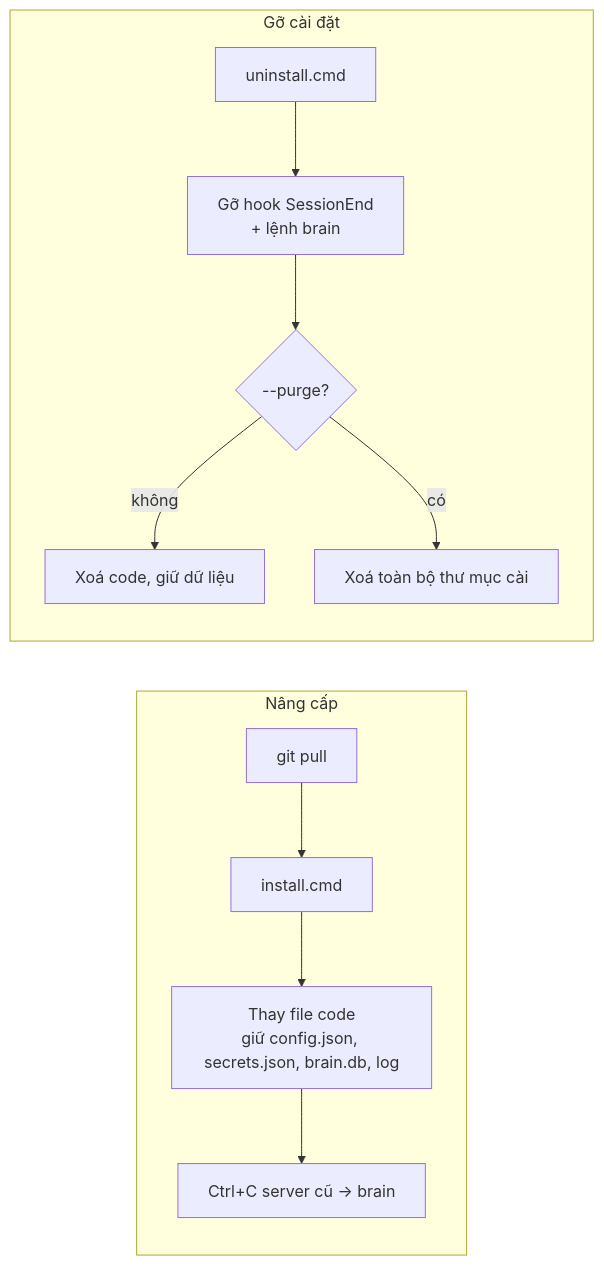
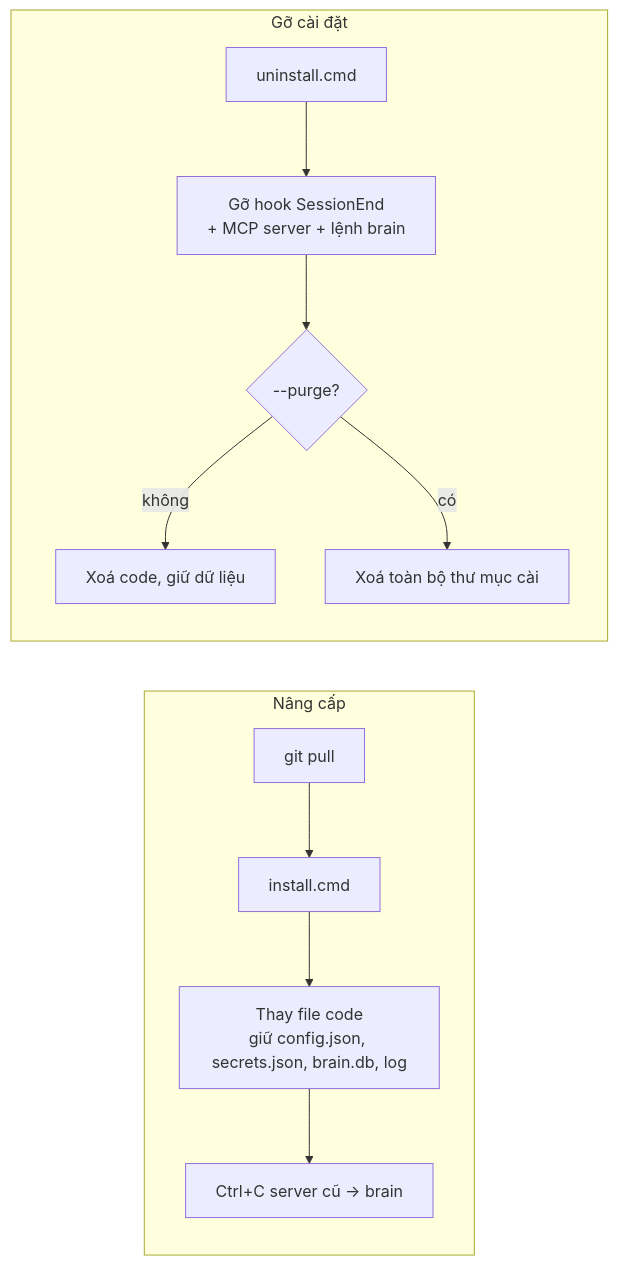
Before and after one commit to hienct-fpt/personal-brain: the second of 4 diagrams in README.md, drawn with Mermaid. The commit also changed other lines of this file and 12 other files, not shown here.

First line of the commit message:
Add read-only MCP server and FTS5 search

````diff
--- a/README.md
+++ b/README.md
@@ -91,11 +94,11 @@
 ```mermaid
 flowchart LR
   subgraph up["Nâng cấp"]
     U1[git pull] --> U2[install.cmd] --> U3["Thay file code<br/>giữ config.json, secrets.json, brain.db, log"] --> U4["Ctrl+C server cũ → brain"]
   end
   subgraph rm["Gỡ cài đặt"]
-    R1[uninstall.cmd] --> R2["Gỡ hook SessionEnd<br/>+ lệnh brain"] --> R3{"--purge?"}
+    R1[uninstall.cmd] --> R2["Gỡ hook SessionEnd<br/>+ MCP server + lệnh brain"] --> R3{"--purge?"}
     R3 -- không --> R4["Xoá code, giữ dữ liệu"]
     R3 -- có --> R5["Xoá toàn bộ thư mục cài"]
   end
 ```
````
